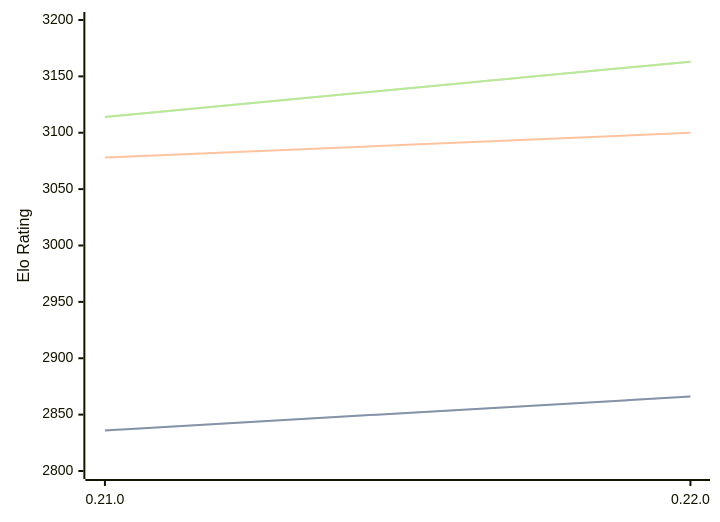
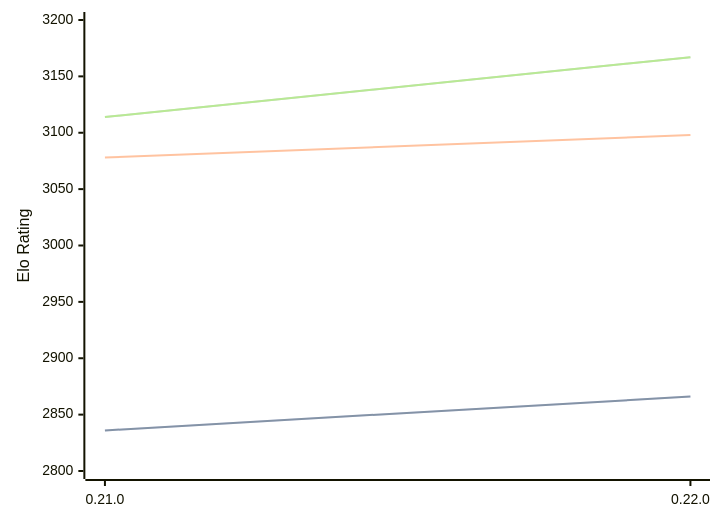
Before and after one commit to computer-chess-index/cci: the diagram in engines/Princhess.md, drawn with Mermaid. The commit also changed other lines of this file, not shown here.

Commit message:
Update CCI Ratings (ELO VLTC) - 2026-09-06

````diff
--- a/engines/Princhess.md
+++ b/engines/Princhess.md
@@ -32,11 +32,11 @@
 ```mermaid
 %%{init: {"theme":"base","themeVariables":{"seriesColors:['#a3a3a3','#222221','#faa371']}}}%%
 xychart-beta
   x-axis ["0.21.0", "0.22.0"]
   y-axis "Elo Rating" 2800 --> 3200
   line "" [2836, 2866]
   line "STC (8.0+0.08s)" [2836, 2866]
-  line "LTC (60.0+0.60s)" [3078, 3100]
-  line "" [3114, 3163]
-  line "VLTC (2m24s+1.12s)" [3114, 3163]
+  line "LTC (60.0+0.60s)" [3078, 3098]
+  line "" [3114, 3167]
+  line "VLTC (2m24s+1.12s)" [3114, 3167]
 ```
````
